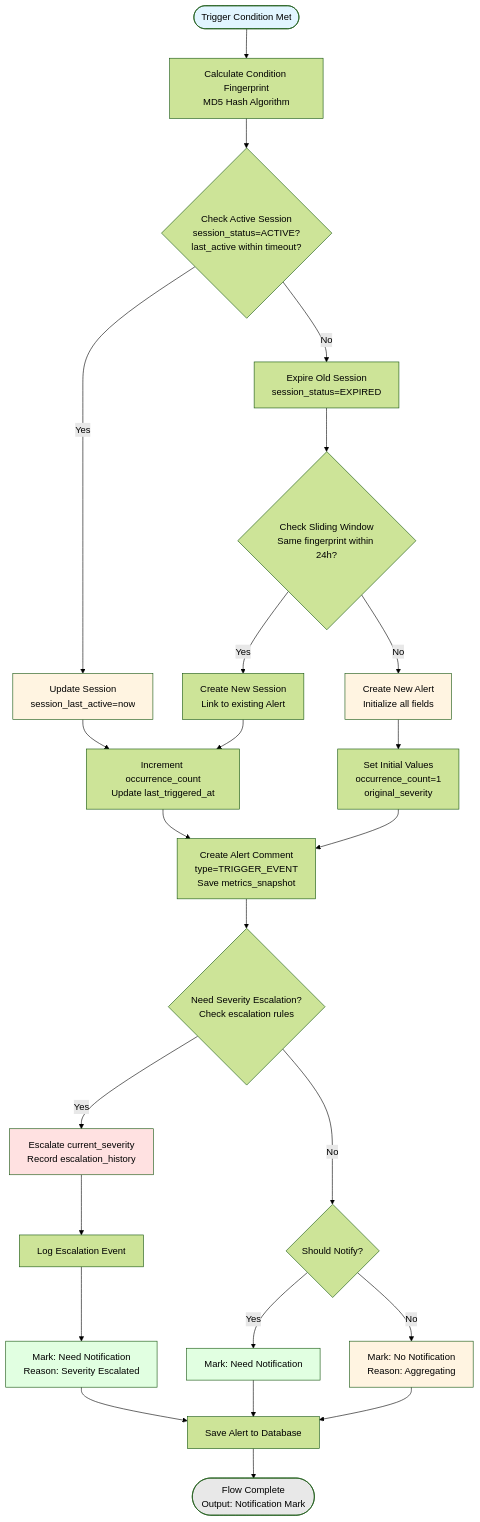
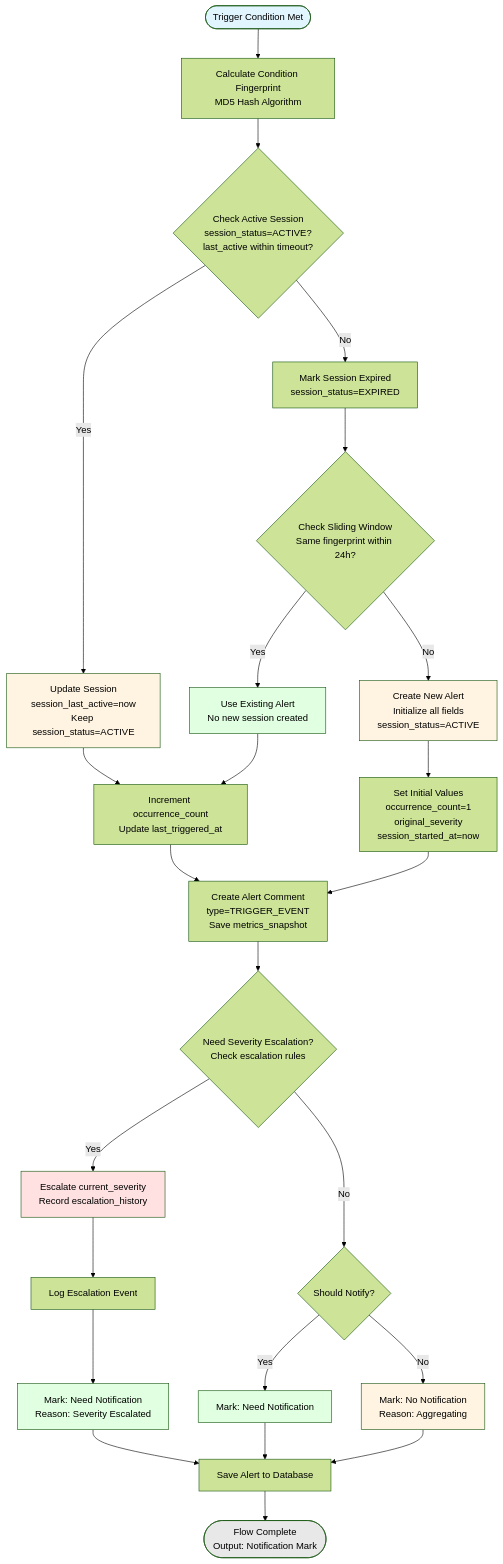
Before and after one commit to smarttttttt/AwxSentinel: the seventh of 10 diagrams in AlertSystemDesign_EN.md, drawn with Mermaid (forest theme). The commit also changed other lines of this file and 1 other file, not shown here.

````diff
--- a/AlertSystemDesign_EN.md
+++ b/AlertSystemDesign_EN.md
@@ -391,46 +391,48 @@
 ```mermaid
 flowchart TD
     Start([Trigger Condition Met]) --> CalcFingerprint[Calculate Condition Fingerprint<br/>MD5 Hash Algorithm]
     CalcFingerprint --> CheckSession{Check Active Session<br/>session_status=ACTIVE?<br/>last_active within timeout?}
 
-    CheckSession -->|Yes| UpdateSession[Update Session<br/>session_last_active=now]
-    CheckSession -->|No| ExpireOldSession[Expire Old Session<br/>session_status=EXPIRED]
+    CheckSession -->|Yes| UpdateSession[Update Session<br/>session_last_active=now<br/>Keep session_status=ACTIVE]
+    CheckSession -->|No| ExpireSession[Mark Session Expired<br/>session_status=EXPIRED]
 
-    ExpireOldSession --> CheckWindow{Check Sliding Window<br/>Same fingerprint within 24h?}
+    ExpireSession --> CheckWindow{Check Sliding Window<br/>Same fingerprint within 24h?}
 
-    CheckWindow -->|Yes| CreateNewSession[Create New Session<br/>Link to existing Alert]
-    CheckWindow -->|No| CreateNewAlert[Create New Alert<br/>Initialize all fields]
+    CheckWindow -->|Yes| UseExistingAlert[Use Existing Alert<br/>No new session created]
+    CheckWindow -->|No| CreateNewAlert[Create New Alert<br/>Initialize all fields<br/>session_status=ACTIVE]
 
     UpdateSession --> IncrementCount[Increment occurrence_count<br/>Update last_triggered_at]
-    CreateNewSession --> IncrementCount
-    CreateNewAlert --> SetInitialValues[Set Initial Values<br/>occurrence_count=1<br/>original_severity]
+    UseExistingAlert --> IncrementCount
+
+    CreateNewAlert --> SetInitialValues[Set Initial Values<br/>occurrence_count=1<br/>original_severity<br/>session_started_at=now]
 
     SetInitialValues --> CreateComment[Create Alert Comment<br/>type=TRIGGER_EVENT<br/>Save metrics_snapshot]
     IncrementCount --> CreateComment
 
     CreateComment --> CheckEscalation{Need Severity Escalation?<br/>Check escalation rules}
 
     CheckEscalation -->|Yes| EscalateSeverity[Escalate current_severity<br/>Record escalation_history]
     CheckEscalation -->|No| DecideNotify{Should Notify?}
 
     EscalateSeverity --> LogEscalation[Log Escalation Event]
     LogEscalation --> ForceNotify[Mark: Need Notification<br/>Reason: Severity Escalated]
 
     DecideNotify -->|Yes| NeedNotify[Mark: Need Notification]
     DecideNotify -->|No| NoNotify[Mark: No Notification<br/>Reason: Aggregating]
 
     ForceNotify --> SaveAlert[Save Alert to Database]
     NeedNotify --> SaveAlert
     NoNotify --> SaveAlert
 
     SaveAlert --> End([Flow Complete<br/>Output: Notification Mark])
 
     style Start fill:#e1f5ff
     style CreateNewAlert fill:#fff4e1
     style UpdateSession fill:#fff4e1
+    style UseExistingAlert fill:#e1ffe1
     style EscalateSeverity fill:#ffe1e1
     style ForceNotify fill:#e1ffe1
     style NeedNotify fill:#e1ffe1
     style NoNotify fill:#fff4e1
     style End fill:#e8e8e8
 ```
````
